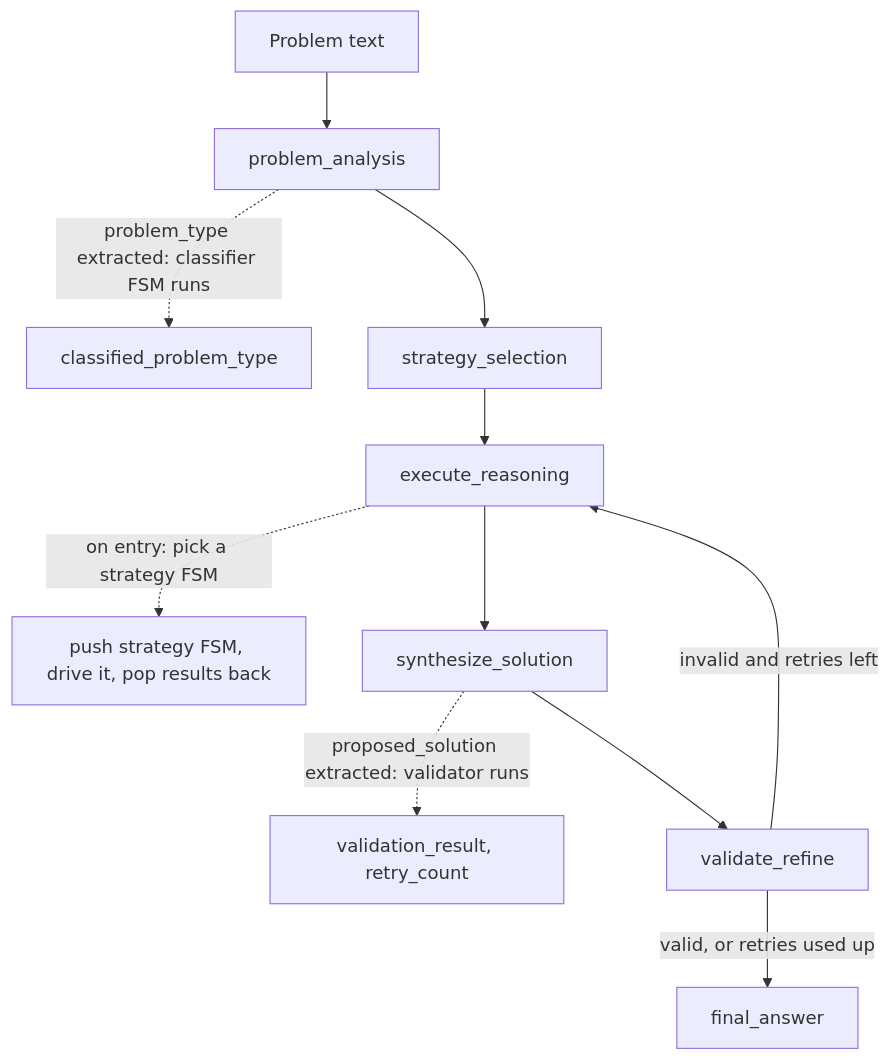
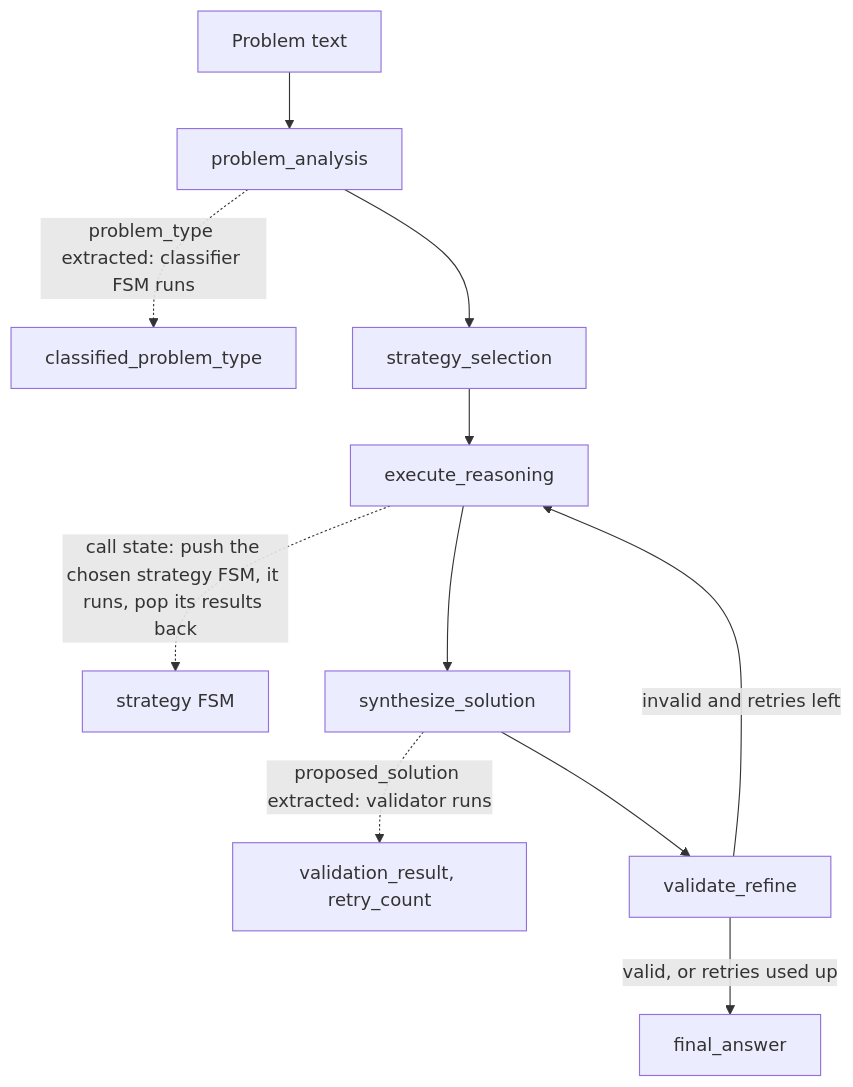
The diagram in src/fsm_llm/reasoning/README.md (NikolasMarkou/fsm_llm), drawn with Mermaid before and after one commit. The commit also changed other lines of this file and 31 other files, not shown here.

First line of the commit message:
[plan-2026-11-23-baa37f40/iter-1/step-15.1] feat(reasoning): the orchestrator pushes its strategy through a call state with choose; _StrategyStack and its constants deleted (D-031)

````diff
--- a/src/fsm_llm/reasoning/README.md
+++ b/src/fsm_llm/reasoning/README.md
@@ -11,13 +11,13 @@
 ```mermaid
 flowchart TD
     P[Problem text] --> A[problem_analysis]
     A -. problem_type extracted: classifier FSM runs .-> C[classified_problem_type]
     A --> S[strategy_selection]
     S --> E[execute_reasoning]
-    E -. on entry: pick a strategy FSM .-> X[push strategy FSM, drive it, pop results back]
+    E -. call state: push the chosen strategy FSM, it runs, pop its results back .-> X[strategy FSM]
     E --> Y[synthesize_solution]
     Y -. proposed_solution extracted: validator runs .-> V0[validation_result, retry_count]
     Y --> V[validate_refine]
     V -- valid, or retries used up --> F[final_answer]
     V -- invalid and retries left --> E
 ```
````
